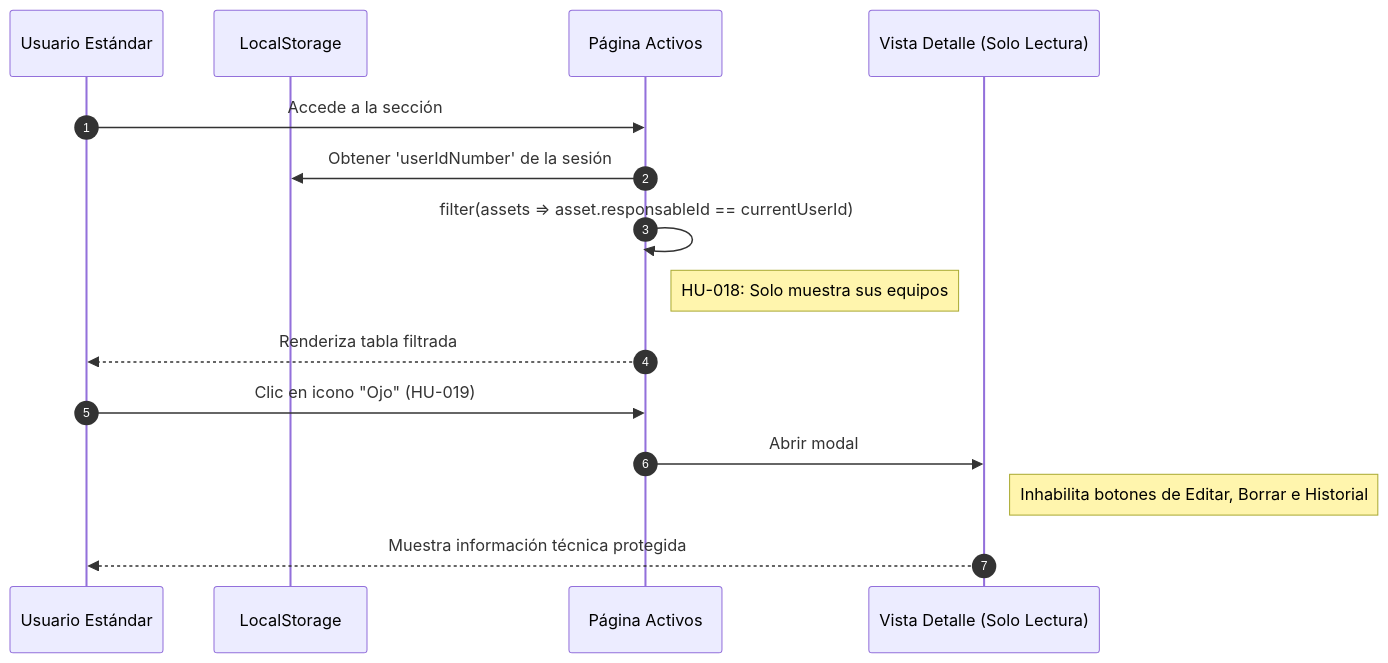
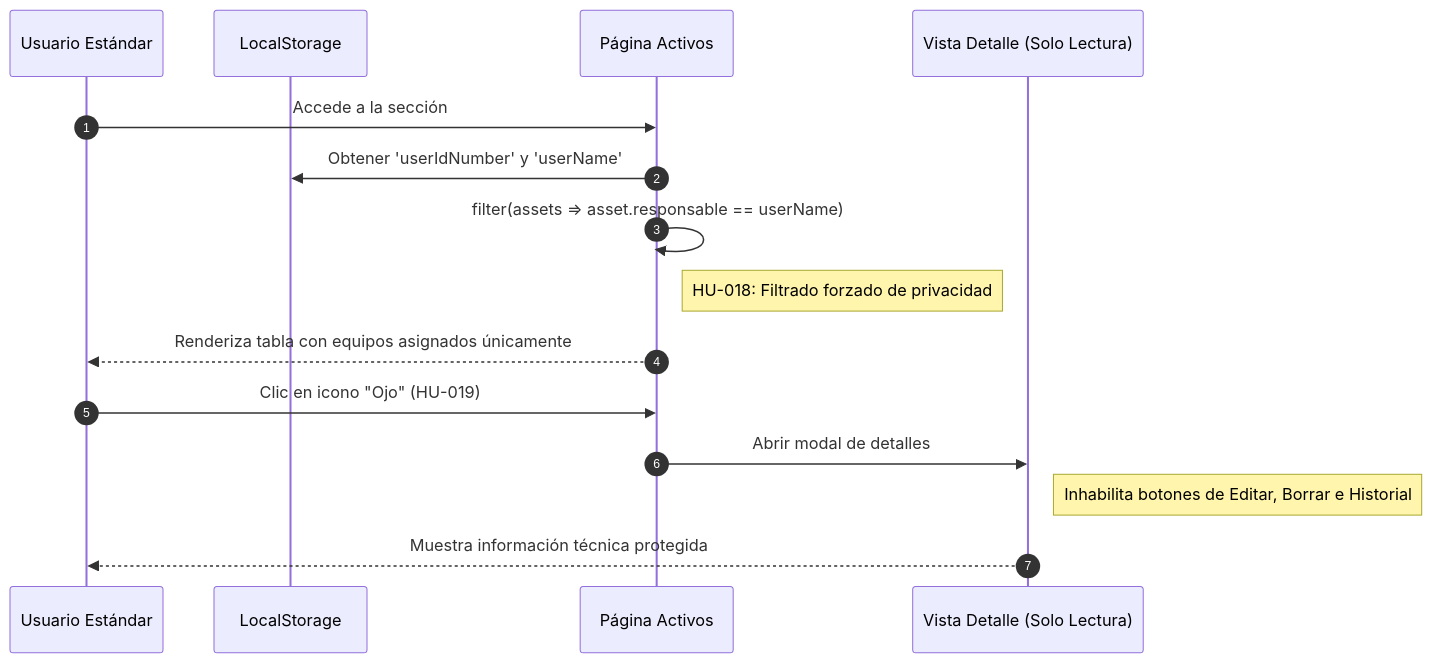
One commit to KaicerPirata/Proyecto changed the fifth of 5 diagrams in DIAGRAMAS.md. Above: the diagram before and after it, drawn with Mermaid. The commit also changed other lines of this file, not shown here.

````diff
--- a/DIAGRAMAS.md
+++ b/DIAGRAMAS.md
@@ -152,18 +154,18 @@
 ```mermaid
 sequenceDiagram
     autonumber
     participant U as Usuario Estándar
     participant S as LocalStorage
     participant P as Página Activos
     participant VD as Vista Detalle (Solo Lectura)
 
     U->>P: Accede a la sección
-    P->>S: Obtener 'userIdNumber' de la sesión
-    P->>P: filter(assets => asset.responsableId == currentUserId)
-    Note right of P: HU-018: Solo muestra sus equipos
-    P-->>U: Renderiza tabla filtrada
+    P->>S: Obtener 'userIdNumber' y 'userName'
+    P->>P: filter(assets => asset.responsable == userName)
+    Note right of P: HU-018: Filtrado forzado de privacidad
+    P-->>U: Renderiza tabla con equipos asignados únicamente
     U->>P: Clic en icono "Ojo" (HU-019)
-    P->>VD: Abrir modal
+    P->>VD: Abrir modal de detalles
     Note right of VD: Inhabilita botones de Editar, Borrar e Historial
     VD-->>U: Muestra información técnica protegida
 ```
````
